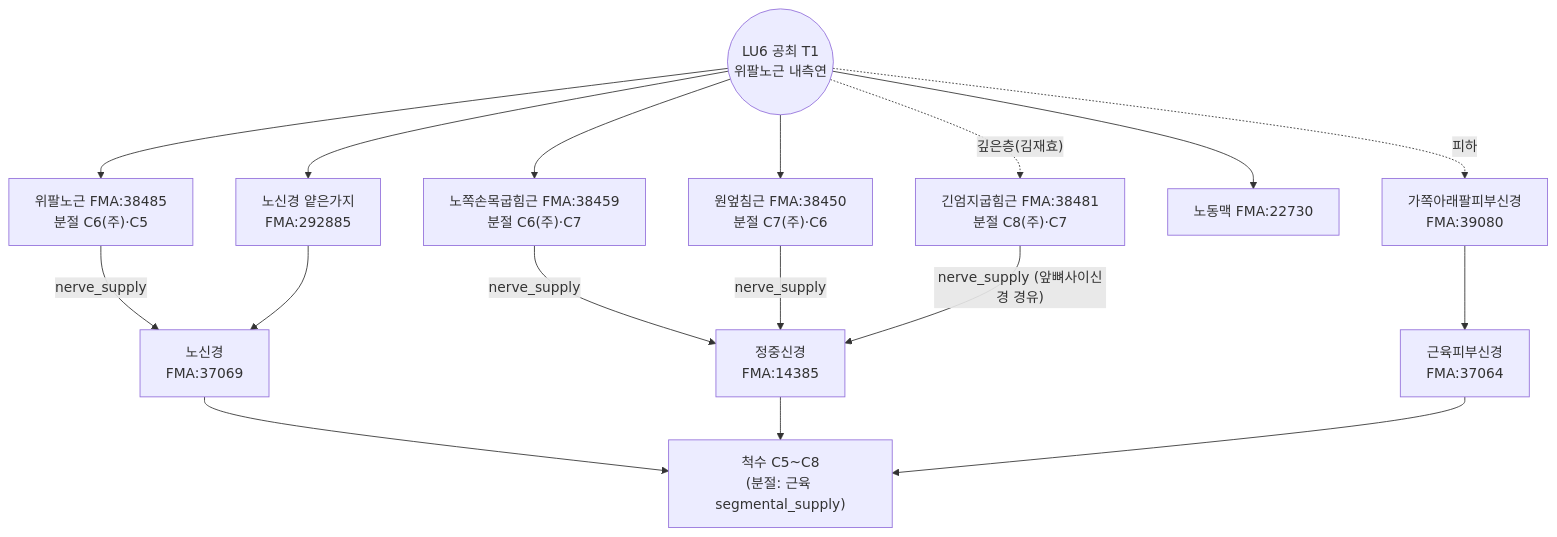
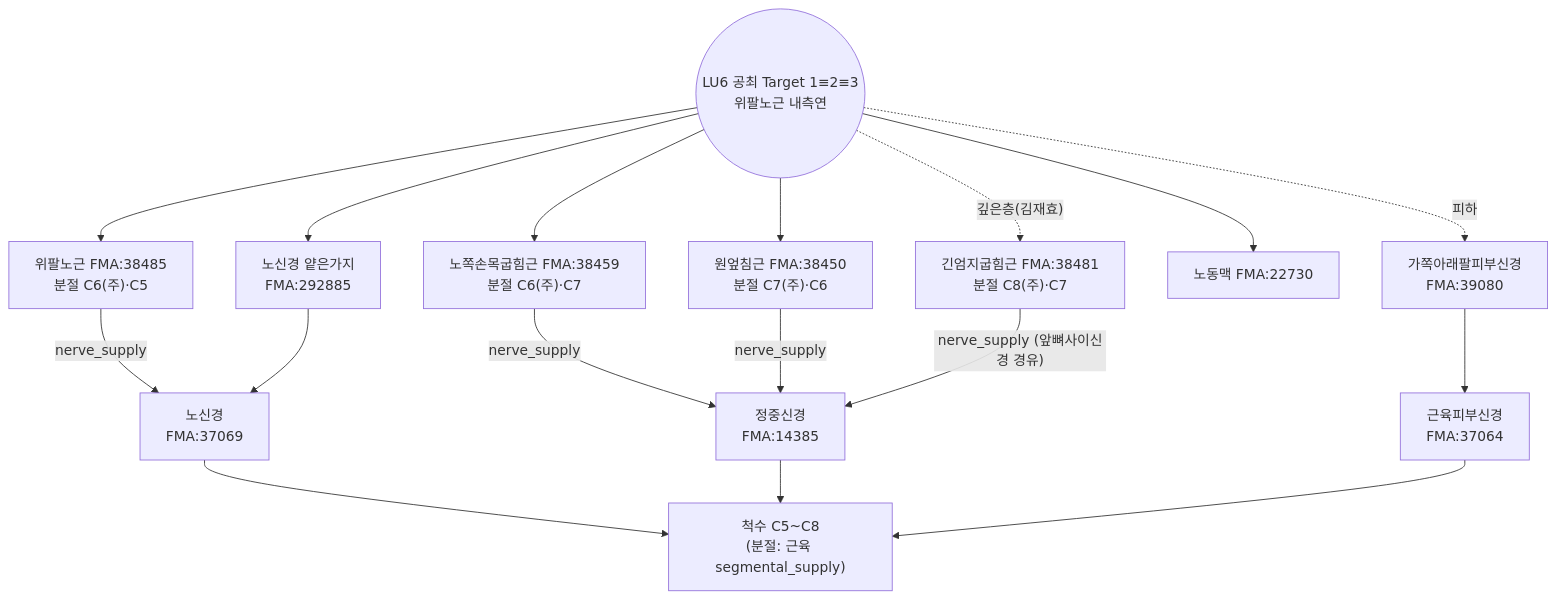
Before and after one commit to jaehyokim-sketch/acupoint_anatomy: the diagram in 01_경혈별_해부생리_분석보고서/LU_수태음폐경/LU06_공최/LU06_공최_해부생리_실체판명_보고서.md, drawn with Mermaid. The commit also changed other lines of this file and 60 other files, not shown here.

````diff
--- a/01_경혈별_해부생리_분석보고서/LU_수태음폐경/LU06_공최/LU06_공최_해부생리_실체판명_보고서.md
+++ b/01_경혈별_해부생리_분석보고서/LU_수태음폐경/LU06_공최/LU06_공최_해부생리_실체판명_보고서.md
@@ -288,19 +318,19 @@
 ```mermaid
 flowchart TB
-  P(("LU6 공최 T1<br/>위팔노근 내측연")) -.피하.-> LAC["가쪽아래팔피부신경<br/>FMA:39080"]
+  P(("LU6 공최 Target 1≡2≡3<br/>위팔노근 내측연")) -.피하.-> LAC["가쪽아래팔피부신경<br/>FMA:39080"]
   P --> BR["위팔노근 FMA:38485<br/>분절 C6(주)·C5"]
   P --> FCR["노쪽손목굽힘근 FMA:38459<br/>분절 C6(주)·C7"]
   P --> PT["원엎침근 FMA:38450<br/>분절 C7(주)·C6"]
   P --> SBR["노신경 얕은가지<br/>FMA:292885"]
   P --> RA["노동맥 FMA:22730"]
   P -. "깊은층(김재효)" .-> FPL["긴엄지굽힘근 FMA:38481<br/>분절 C8(주)·C7"]
   BR -- nerve_supply --> RN["노신경<br/>FMA:37069"]
   SBR --> RN
   FCR -- nerve_supply --> MN["정중신경<br/>FMA:14385"]
   PT -- nerve_supply --> MN
   FPL -- "nerve_supply (앞뼈사이신경 경유)" --> MN
   LAC --> MC["근육피부신경<br/>FMA:37064"]
   RN --> SEG["척수 C5~C8<br/>(분절: 근육 segmental_supply)"]
   MN --> SEG
   MC --> SEG
 ```
````
